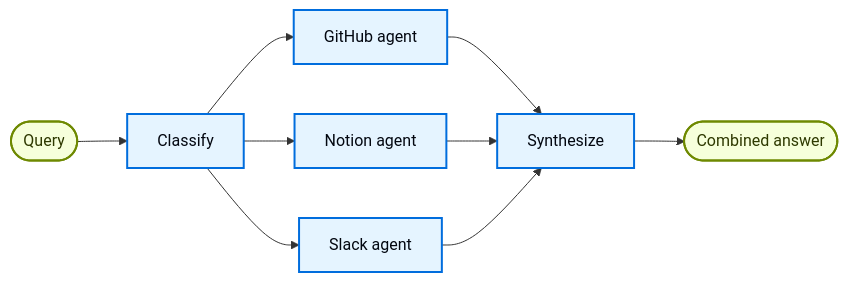
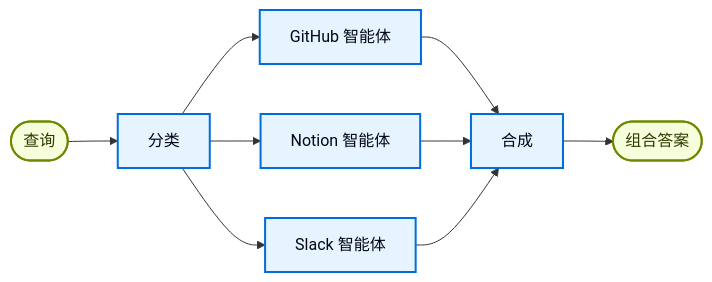
Before and after one commit to kunfan96/cndocs-langchain: the diagram in oss/javascript/langchain/multi-agent/router-knowledge-base.mdx, drawn with Mermaid. The commit also changed other lines of this file and 2498 other files, not shown here.

````diff
--- a/oss/javascript/langchain/multi-agent/router-knowledge-base.mdx
+++ b/oss/javascript/langchain/multi-agent/router-knowledge-base.mdx
@@ -21,17 +21,17 @@
 ```mermaid
 graph LR
-    A([Query]) --> B[Classify]
-    B --> C[GitHub agent]
-    B --> D[Notion agent]
-    B --> E[Slack agent]
-    C --> F[Synthesize]
+    A([查询]) --> B[分类]
+    B --> C[GitHub 智能体]
+    B --> D[Notion 智能体]
+    B --> E[Slack 智能体]
+    C --> F[合成]
     D --> F
     E --> F
-    F --> G([Combined answer])
+    F --> G([组合答案])
 
     classDef trigger fill:#F6FFDB,stroke:#6E8900,stroke-width:2px,color:#2E3900
     classDef process fill:#E5F4FF,stroke:#006DDD,stroke-width:2px,color:#030710
 
     class A,G trigger
     class B,C,D,E,F process
 ```
````
